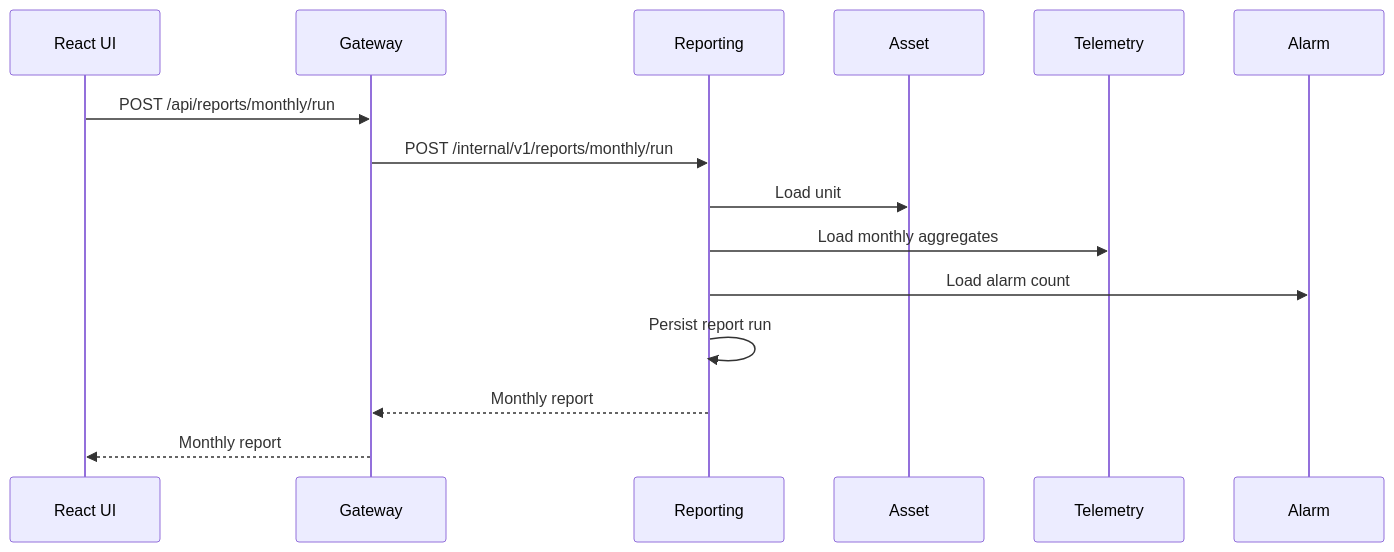
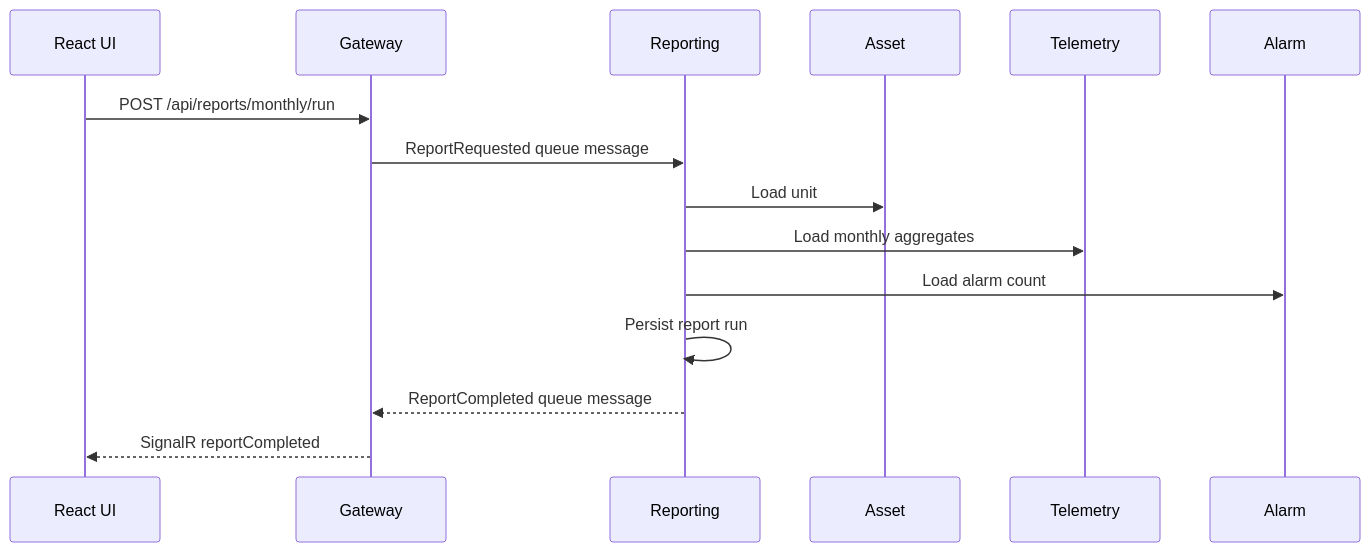
Before and after one commit to dhalavach/alpha-scada: the fourth of 4 diagrams in docs/system-overview.md, drawn with Mermaid. The commit also changed other lines of this file and 26 other files, not shown here.

````diff
--- a/docs/system-overview.md
+++ b/docs/system-overview.md
@@ -178,18 +185,18 @@
 ```mermaid
 sequenceDiagram
     participant UI as React UI
     participant GW as Gateway
     participant Reporting as Reporting
     participant Asset as Asset
     participant Telemetry as Telemetry
     participant Alarm as Alarm
 
     UI->>GW: POST /api/reports/monthly/run
-    GW->>Reporting: POST /internal/v1/reports/monthly/run
+    GW->>Reporting: ReportRequested queue message
     Reporting->>Asset: Load unit
     Reporting->>Telemetry: Load monthly aggregates
     Reporting->>Alarm: Load alarm count
     Reporting->>Reporting: Persist report run
-    Reporting-->>GW: Monthly report
-    GW-->>UI: Monthly report
+    Reporting-->>GW: ReportCompleted queue message
+    GW-->>UI: SignalR reportCompleted
 ```
````
